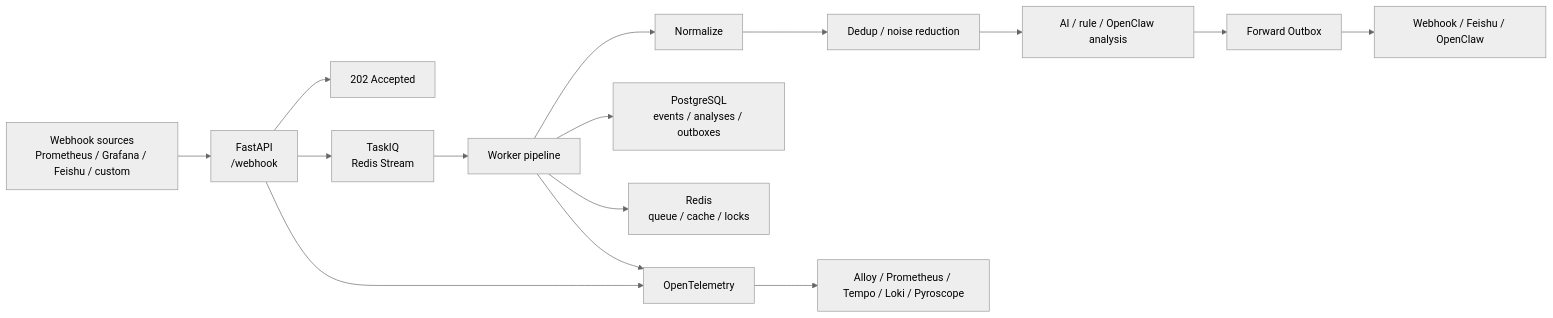
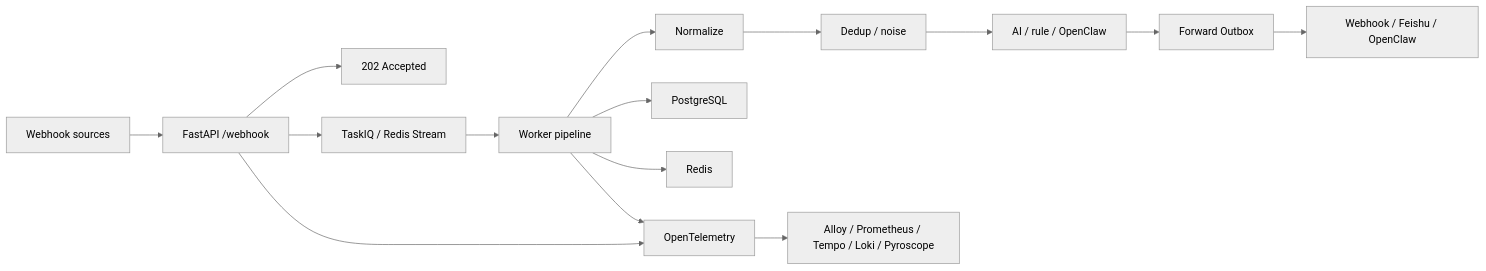
One commit to itswl/WebhookWise changed the diagram in README.md. Above: the diagram before and after it, drawn with Mermaid (neutral theme). The commit also changed other lines of this file and 13 other files, not shown here.

````diff
--- a/README.md
+++ b/README.md
@@ -42,17 +41,17 @@
 ```mermaid
 flowchart LR
-    source["Webhook sources<br/>Prometheus / Grafana / Feishu / custom"] --> api["FastAPI<br/>/webhook"]
+    source["Webhook sources"] --> api["FastAPI /webhook"]
     api --> accepted["202 Accepted"]
-    api --> queue["TaskIQ<br/>Redis Stream"]
+    api --> queue["TaskIQ / Redis Stream"]
     queue --> worker["Worker pipeline"]
     worker --> normalize["Normalize"]
-    normalize --> dedup["Dedup / noise reduction"]
-    dedup --> analyze["AI / rule / OpenClaw analysis"]
+    normalize --> dedup["Dedup / noise"]
+    dedup --> analyze["AI / rule / OpenClaw"]
     analyze --> outbox["Forward Outbox"]
     outbox --> targets["Webhook / Feishu / OpenClaw"]
-    worker --> db["PostgreSQL<br/>events / analyses / outboxes"]
-    worker --> redis["Redis<br/>queue / cache / locks"]
+    worker --> db["PostgreSQL"]
+    worker --> redis["Redis"]
     api --> otel["OpenTelemetry"]
     worker --> otel
-    otel --> observability["Alloy / Prometheus / Tempo / Loki / Pyroscope"]
+    otel --> obs["Alloy / Prometheus / Tempo / Loki / Pyroscope"]
 ```
````
